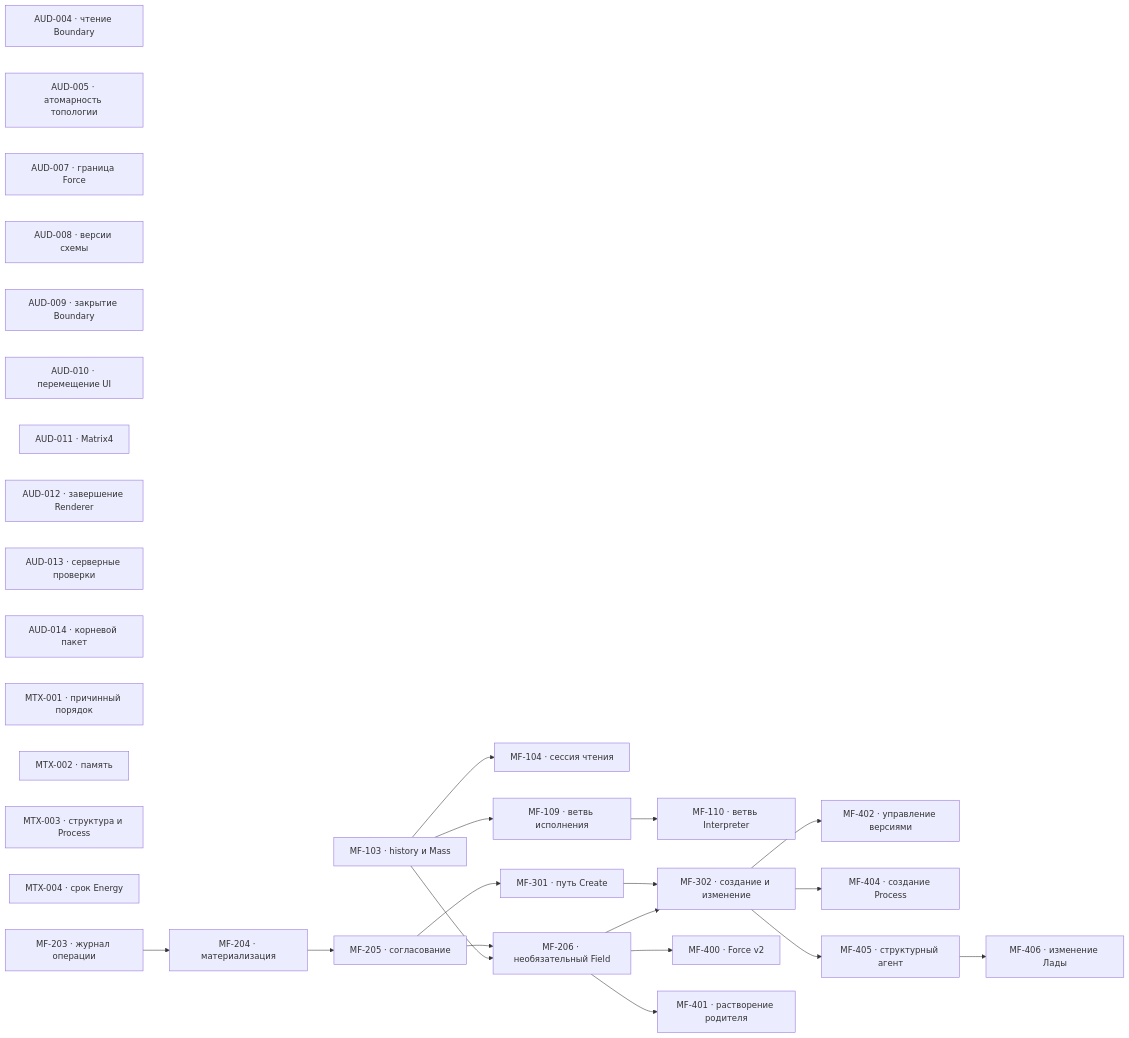
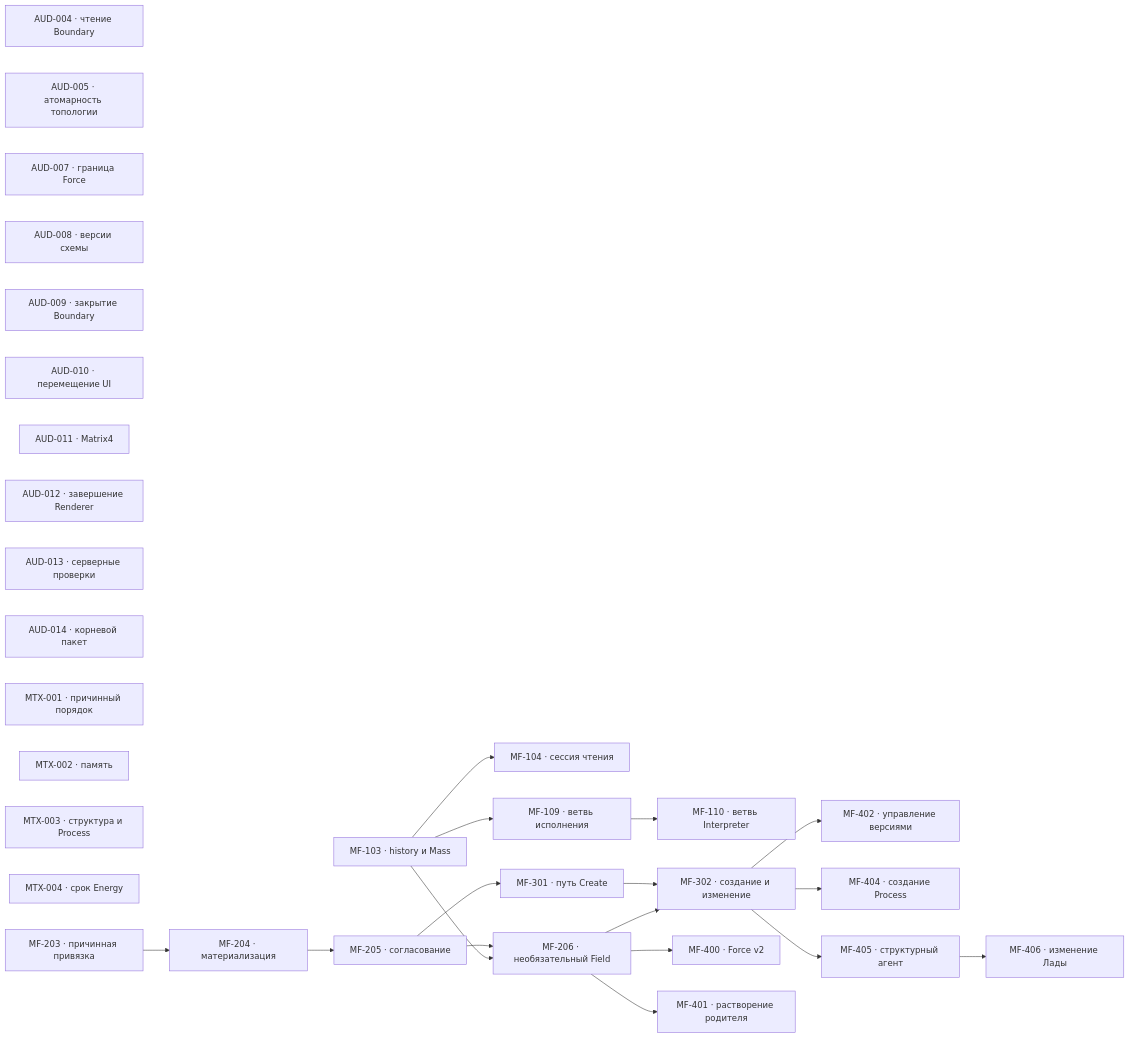
The diagram in project/TODO.md (zavx0z/metafor), drawn with Mermaid before and after one commit. The commit also changed other lines of this file and 1 other file, not shown here.

Commit message:
project(MF-203): start Force causation binding

````diff
--- a/project/TODO.md
+++ b/project/TODO.md
@@ -13,50 +13,50 @@
 ```mermaid
 flowchart LR
     AUD004["AUD-004 · чтение Boundary"]
     AUD005["AUD-005 · атомарность топологии"]
     AUD007["AUD-007 · граница Force"]
     AUD008["AUD-008 · версии схемы"]
     AUD009["AUD-009 · закрытие Boundary"]
     AUD010["AUD-010 · перемещение UI"]
     AUD011["AUD-011 · Matrix4"]
     AUD012["AUD-012 · завершение Renderer"]
     AUD013["AUD-013 · серверные проверки"]
     AUD014["AUD-014 · корневой пакет"]
     MTX001["MTX-001 · причинный порядок"]
     MTX002["MTX-002 · память"]
     MTX003["MTX-003 · структура и Process"]
     MTX004["MTX-004 · срок Energy"]
     MF103["MF-103 · history и Mass"]
     MF104["MF-104 · сессия чтения"]
     MF109["MF-109 · ветвь исполнения"]
     MF110["MF-110 · ветвь Interpreter"]
-    MF203["MF-203 · журнал операции"]
+    MF203["MF-203 · причинная привязка"]
     MF204["MF-204 · материализация"]
     MF205["MF-205 · согласование"]
     MF206["MF-206 · необязательный Field"]
     MF301["MF-301 · путь Create"]
     MF302["MF-302 · создание и изменение"]
     MF400["MF-400 · Force v2"]
     MF401["MF-401 · растворение родителя"]
     MF402["MF-402 · управление версиями"]
     MF404["MF-404 · создание Process"]
     MF405["MF-405 · структурный агент"]
     MF406["MF-406 · изменение Лады"]
 
     MF103 --> MF104
     MF103 --> MF109
     MF109 --> MF110
     MF203 --> MF204
     MF204 --> MF205
     MF205 --> MF206
     MF103 --> MF206
     MF205 --> MF301
     MF301 --> MF302
     MF206 --> MF302
     MF206 --> MF400
     MF206 --> MF401
     MF302 --> MF402
     MF302 --> MF404
     MF302 --> MF405
     MF405 --> MF406
 ```
````
